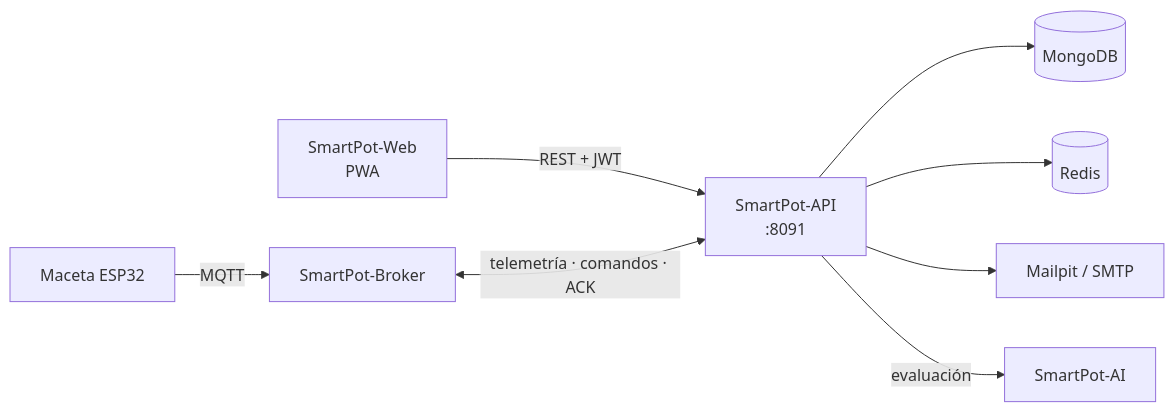
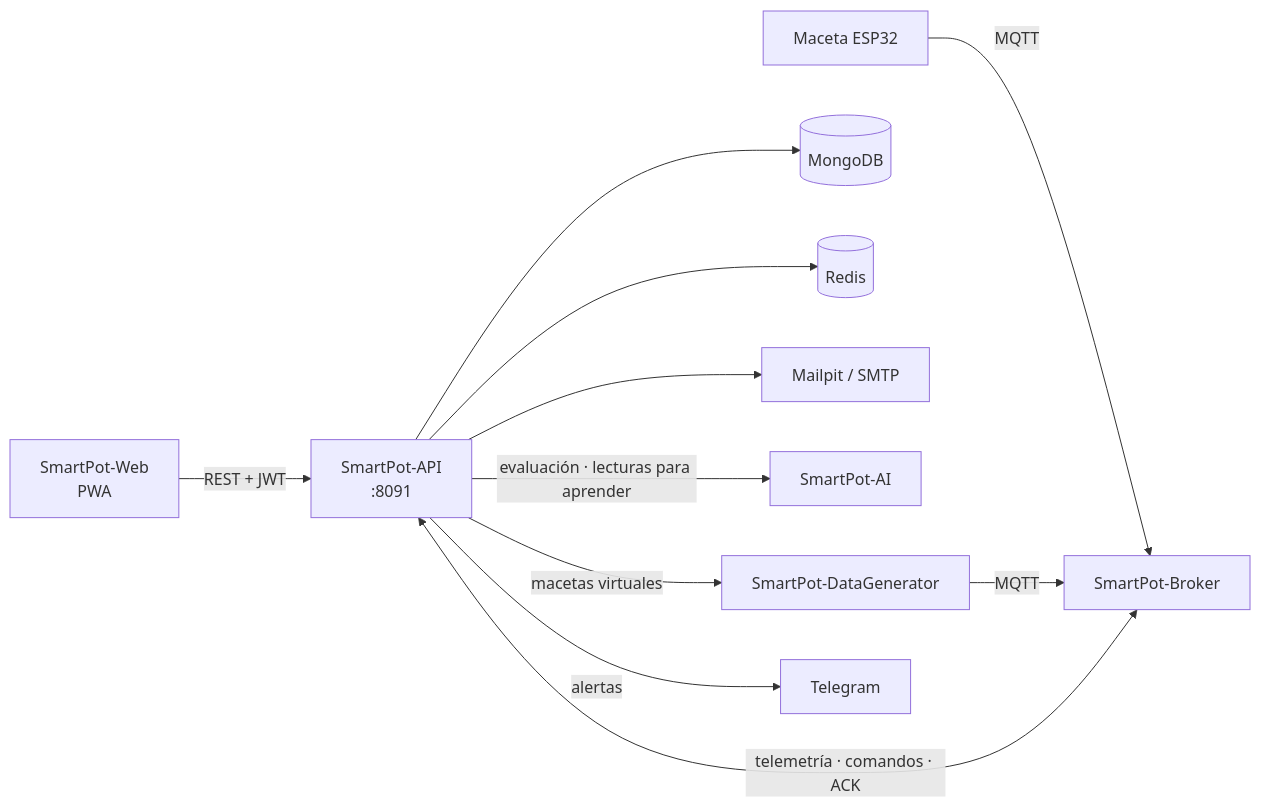
Before and after one commit to SmartPotTech/SmartPot-API: the diagram in README.md, drawn with Mermaid. The commit also changed other lines of this file, not shown here.

Commit message:
Document learning, Telegram and virtual pots

````diff
--- a/README.md
+++ b/README.md
@@ -13,10 +13,13 @@
 ```mermaid
 flowchart LR
   web["SmartPot-Web<br/>PWA"] -->|"REST + JWT"| api["SmartPot-API<br/>:8091"]
   maceta["Maceta ESP32"] -->|"MQTT"| broker["SmartPot-Broker"]
   broker <-->|"telemetría · comandos · ACK"| api
   api --> db[("MongoDB")]
   api --> cache[("Redis")]
   api --> mail["Mailpit / SMTP"]
-  api -->|"evaluación"| ai["SmartPot-AI"]
+  api -->|"evaluación · lecturas para aprender"| ai["SmartPot-AI"]
+  api -->|"macetas virtuales"| sim["SmartPot-DataGenerator"]
+  sim -->|"MQTT"| broker
+  api -->|"alertas"| tg["Telegram"]
 ```
````
